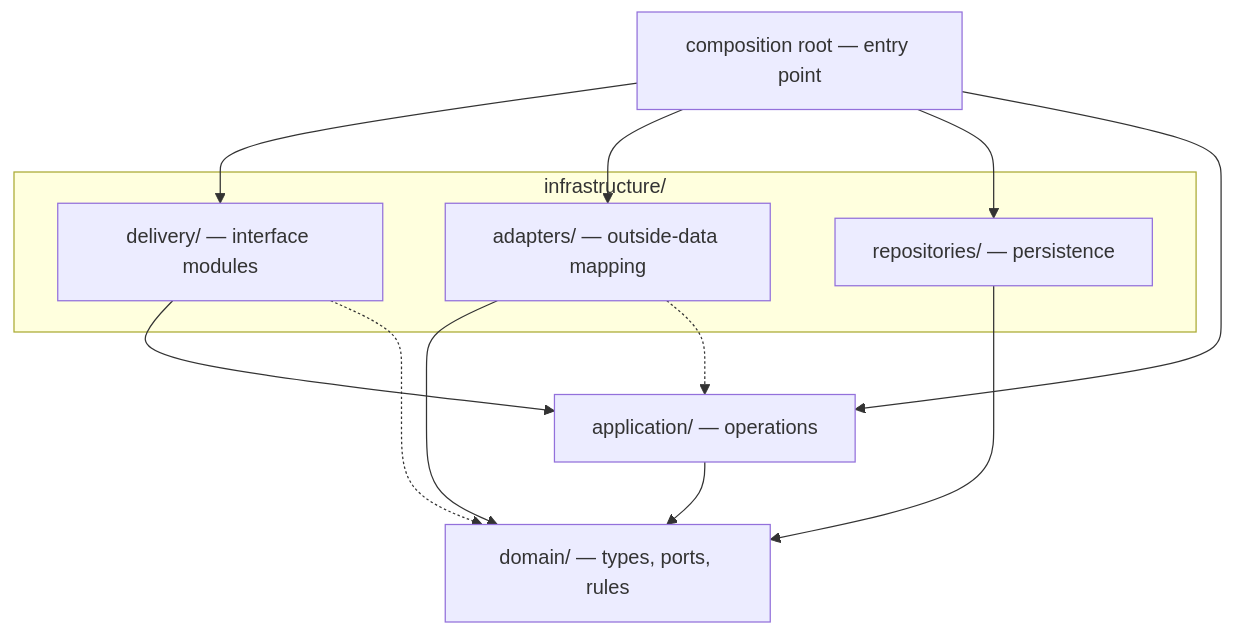
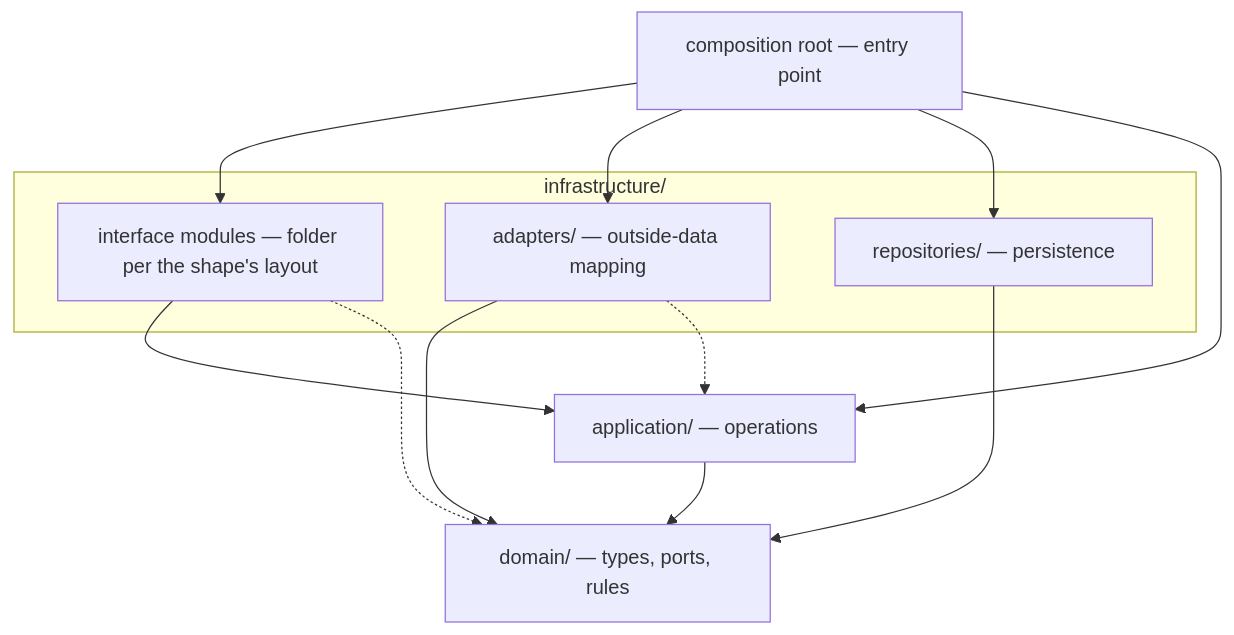
One commit to JPerezC92/ai-core changed the first of 2 diagrams in .aicore/core/architecture/implementation/architecture.md. Above: the diagram before and after it, drawn with Mermaid. The commit also changed 9 other files, not shown here.

First line of the commit message:
docs(architecture): resolve the first review round

````diff
--- a/.aicore/core/architecture/implementation/architecture.md
+++ b/.aicore/core/architecture/implementation/architecture.md
@@ -178,21 +178,21 @@
 ```mermaid
 flowchart TB
   ROOT["composition root — entry point"]
   subgraph INF["infrastructure/"]
-    IF["delivery/ — interface modules"]
+    IF["interface modules — folder per the shape's layout"]
     AD["adapters/ — outside-data mapping"]
     RP["repositories/ — persistence"]
   end
   AP["application/ — operations"]
   DO["domain/ — types, ports, rules"]
   ROOT --> IF
   ROOT --> AD
   ROOT --> RP
   ROOT --> AP
   IF --> AP
   IF -.-> DO
   AD --> DO
   AD -.-> AP
   RP --> DO
   AP --> DO
 ```
````
